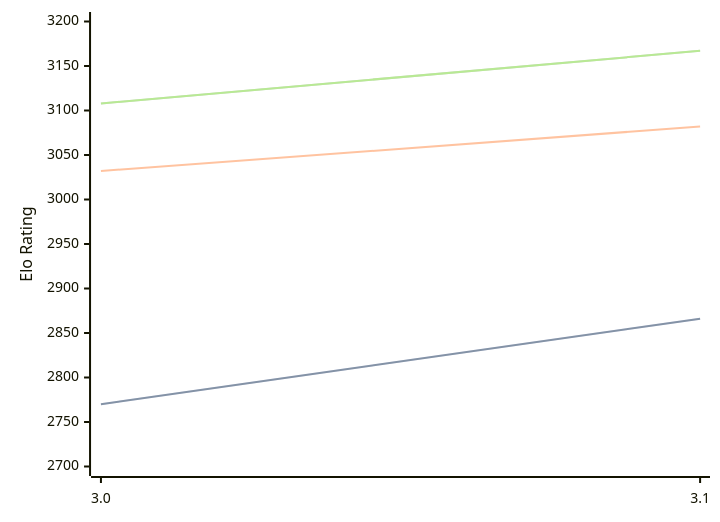
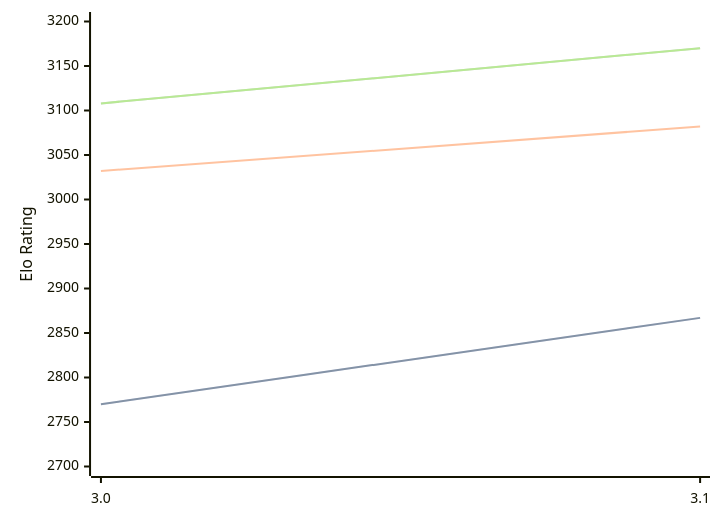
The diagram in engines/Vajolet2.md (computer-chess-index/cci), drawn with Mermaid before and after one commit. The commit also changed other lines of this file, not shown here.

Commit message:
Update CCI Ratings (ELO VLTC) - 2026-04-21

````diff
--- a/engines/Vajolet2.md
+++ b/engines/Vajolet2.md
@@ -40,11 +40,11 @@
 ```mermaid
 %%{init: {"theme":"base","themeVariables":{"seriesColors:['#a3a3a3','#222221','#faa371']}}}%%
 xychart-beta
   x-axis ["3.0", "3.1"]
   y-axis "Elo Rating" 2700 --> 3200
-  line "STC (8.0+0.08s)" [2770, 2866]
-  line "STC (8.0+0.08s)" [2770, 2866]
+  line "STC (8.0+0.08s)" [2770, 2867]
+  line "STC (8.0+0.08s)" [2770, 2867]
   line "LTC (60.0+0.60s)" [3032, 3082]
-  line "VLTC (2m24s+1.12s)" [3108, 3167]
-  line "VLTC (2m24s+1.12s)" [3108, 3167]
+  line "VLTC (2m24s+1.12s)" [3108, 3170]
+  line "VLTC (2m24s+1.12s)" [3108, 3170]
 ```
````
